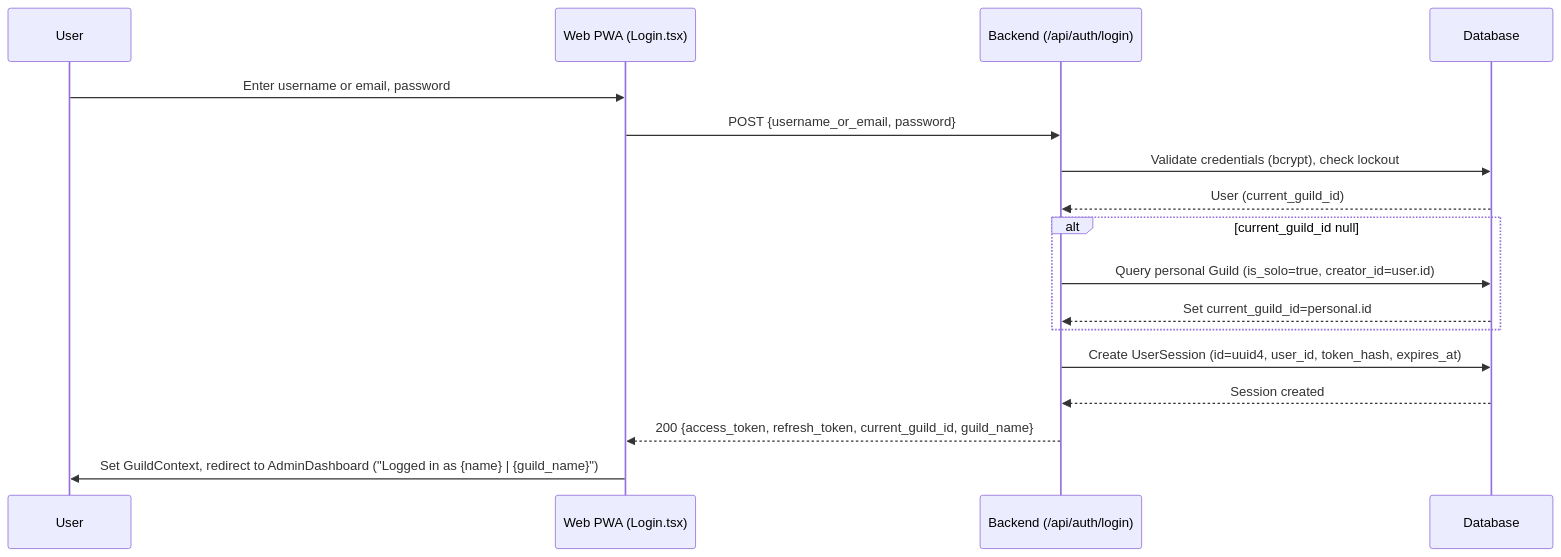
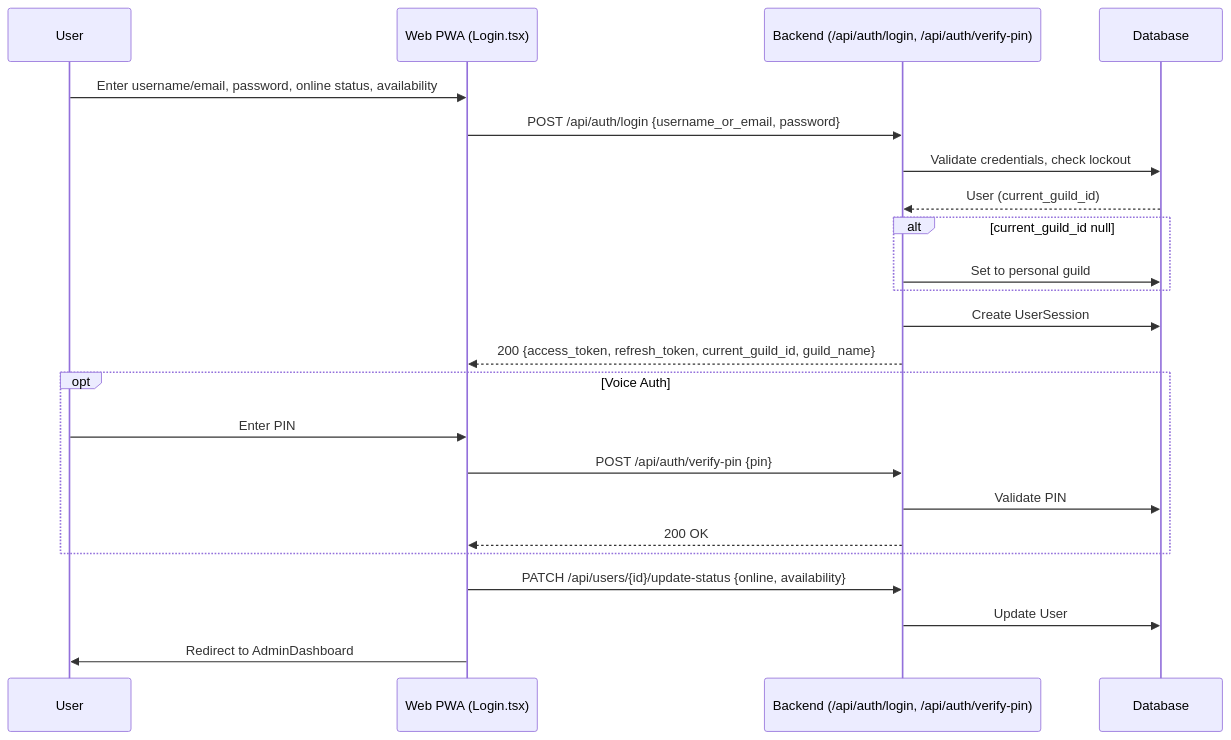
Before and after one commit to hamlet2k/SphereConnect: the second of 7 diagrams in docs/project/use_cases.markdown, drawn with Mermaid. The commit also changed other lines of this file and 6 other files, not shown here.

````diff
--- a/docs/project/use_cases.markdown
+++ b/docs/project/use_cases.markdown
@@ -44,19 +44,25 @@
 ```mermaid
 sequenceDiagram
     participant U as User
     participant W as Web PWA (Login.tsx)
-    participant B as Backend (/api/auth/login)
+    participant B as Backend (/api/auth/login, /api/auth/verify-pin)
     participant D as Database
-    U->>W: Enter username or email, password
-    W->>B: POST {username_or_email, password}
-    B->>D: Validate credentials (bcrypt), check lockout
+    U->>W: Enter username/email, password, online status, availability
+    W->>B: POST /api/auth/login {username_or_email, password}
+    B->>D: Validate credentials, check lockout
     D-->>B: User (current_guild_id)
     alt current_guild_id null
-        B->>D: Query personal Guild (is_solo=true, creator_id=user.id)
-        D-->>B: Set current_guild_id=personal.id
+        B->>D: Set to personal guild
     end
-    B->>D: Create UserSession (id=uuid4, user_id, token_hash, expires_at)
-    D-->>B: Session created
+    B->>D: Create UserSession
     B-->>W: 200 {access_token, refresh_token, current_guild_id, guild_name}
-    W->>U: Set GuildContext, redirect to AdminDashboard ("Logged in as {name} | {guild_name}")
+    opt Voice Auth
+        U->>W: Enter PIN
+        W->>B: POST /api/auth/verify-pin {pin}
+        B->>D: Validate PIN
+        B-->>W: 200 OK
+    end
+    W->>B: PATCH /api/users/{id}/update-status {online, availability}
+    B->>D: Update User
+    W->>U: Redirect to AdminDashboard
 ```
````
